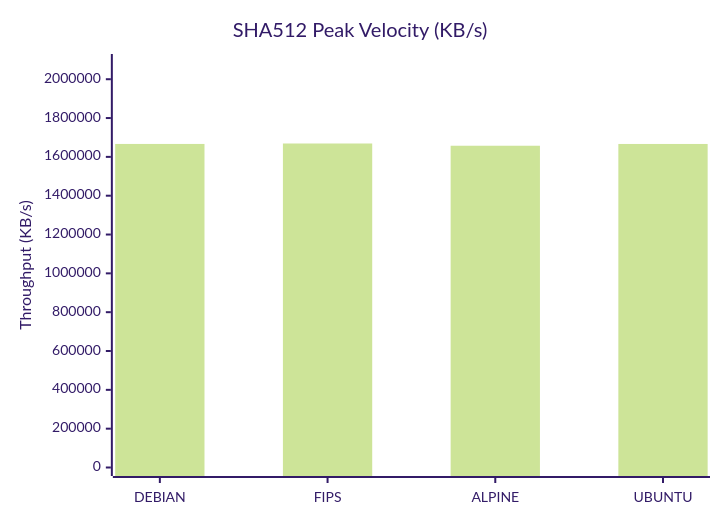
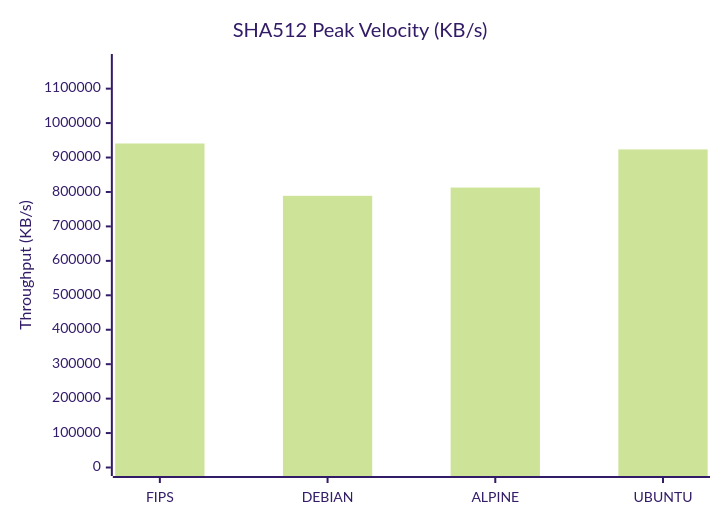
One commit to taha2samy/openssl_fips changed the fourth of 9 diagrams in docs/Comparison_Report.md. Above: the diagram before and after it, drawn with Mermaid (forest theme). The commit also changed other lines of this file and 5 other files, not shown here.

````diff
--- a/docs/Comparison_Report.md
+++ b/docs/Comparison_Report.md
@@ -83,7 +83,7 @@
 ```mermaid
 xychart-beta
     title "SHA512 Peak Velocity (KB/s)"
-    x-axis [DEBIAN, FIPS, ALPINE, UBUNTU]
-    y-axis "Throughput (KB/s)" 0 --> 2086103
-    bar [1666621.44, 1668882.43, 1657356.29, 1666482.18]
+    x-axis [FIPS, DEBIAN, ALPINE, UBUNTU]
+    y-axis "Throughput (KB/s)" 0 --> 1175910
+    bar [940728.32, 788824.06, 812852.06, 923534.53]
 ```
````
